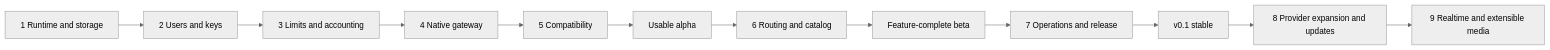
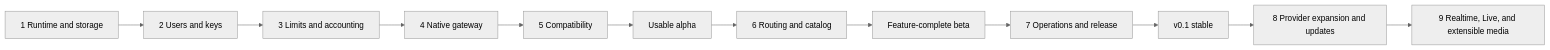
The diagram in docs/plan/README.md (bobalazek/pocket-ai-gateway), drawn with Mermaid (neutral theme) before and after one commit. The commit also changed other lines of this file and 38 other files, not shown here.

Commit message:
Add native live and Gemini media support

```diff
--- a/docs/plan/README.md
+++ b/docs/plan/README.md
@@ -9,14 +9,14 @@
 ~~~mermaid
 flowchart LR
     P1[1 Runtime and storage] --> P2[2 Users and keys]
     P2 --> P3[3 Limits and accounting]
     P3 --> P4[4 Native gateway]
     P4 --> P5[5 Compatibility]
     P5 --> Alpha[Usable alpha]
     Alpha --> P6[6 Routing and catalog]
     P6 --> Beta[Feature-complete beta]
     Beta --> P7[7 Operations and release]
     P7 --> Stable[v0.1 stable]
     Stable --> P8[8 Provider expansion and updates]
-    P8 --> P9[9 Realtime and extensible media]
+    P8 --> P9[9 Realtime, Live, and extensible media]
 ~~~
```
